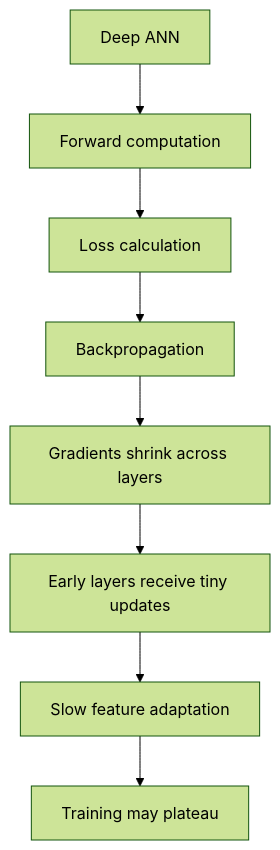
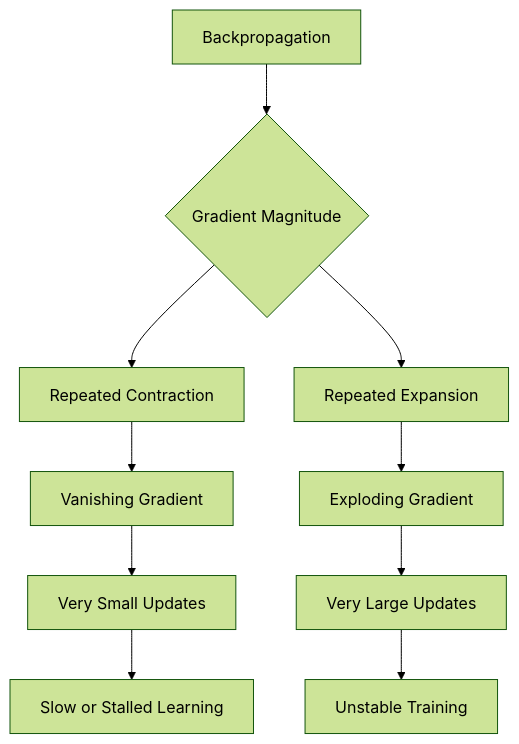
One commit to swapnil3104/deep-learning-journey changed the fifth of 10 diagrams in 07_Vanishing Gradient Problem in ANN/README.md. Above: the diagram before and after it, drawn with Mermaid (forest theme). The commit also changed other lines of this file and 1 other file, not shown here.

Commit message:
Update 07_Vanishing Gradient Problem in ANN/README.md

````diff
--- a/07_Vanishing Gradient Problem in ANN/README.md
+++ b/07_Vanishing Gradient Problem in ANN/README.md
@@ -672,10 +622,12 @@
 ``` mermaid
 flowchart TD
-    A[Deep ANN] --> B[Forward computation]
-    B --> C[Loss calculation]
-    C --> D[Backpropagation]
-    D --> E[Gradients shrink across layers]
-    E --> F[Early layers receive tiny updates]
-    F --> G[Slow feature adaptation]
-    G --> H[Training may plateau]
+    A["Backpropagation"] --> B{"Gradient Magnitude"}
+    B --> C["Repeated Contraction"]
+    B --> D["Repeated Expansion"]
+    C --> E["Vanishing Gradient"]
+    D --> F["Exploding Gradient"]
+    E --> G["Very Small Updates"]
+    F --> H["Very Large Updates"]
+    G --> I["Slow or Stalled Learning"]
+    H --> J["Unstable Training"]
 ```
````
